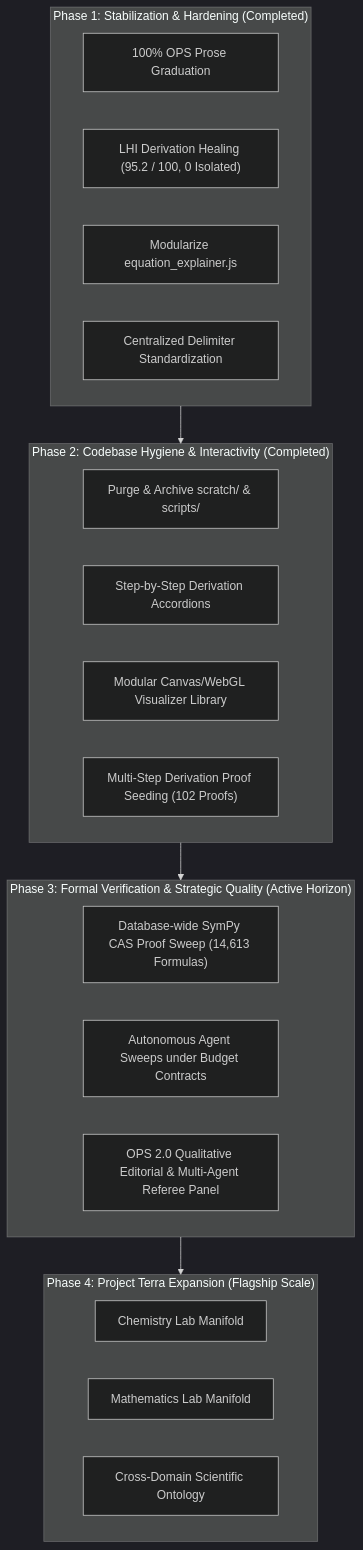
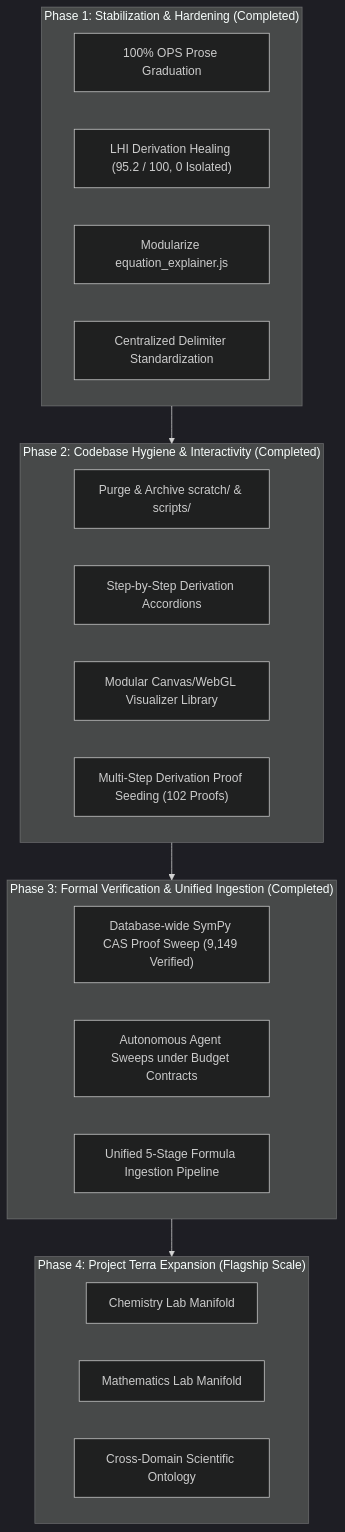
Before and after one commit to jholobetz/terra: the diagram in docs/roadmap.md, drawn with Mermaid (dark theme). The commit also changed other lines of this file and 261 other files, not shown here.

Commit message:
feat(cas): stamp 9,149 CAS proofs across 256 shards and remove OPS 2.0 from active roadmap

````diff
--- a/docs/roadmap.md
+++ b/docs/roadmap.md
@@ -27,32 +27,32 @@
 ```mermaid
 flowchart TD
     subgraph Phase1["Phase 1: Stabilization & Hardening (Completed)"]
         P1A["100% OPS Prose Graduation"]
         P1B["LHI Derivation Healing (95.2 / 100, 0 Isolated)"]
         P1C["Modularize equation_explainer.js"]
         P1D["Centralized Delimiter Standardization"]
     end
 
     subgraph Phase2["Phase 2: Codebase Hygiene & Interactivity (Completed)"]
         P2A["Purge & Archive scratch/ & scripts/"]
         P2B["Step-by-Step Derivation Accordions"]
         P2C["Modular Canvas/WebGL Visualizer Library"]
         P2D["Multi-Step Derivation Proof Seeding (102 Proofs)"]
     end
 
-    subgraph Phase3["Phase 3: Formal Verification & Strategic Quality (Active Horizon)"]
-        P3A["Database-wide SymPy CAS Proof Sweep (14,613 Formulas)"]
+    subgraph Phase3["Phase 3: Formal Verification & Unified Ingestion (Completed)"]
+        P3A["Database-wide SymPy CAS Proof Sweep (9,149 Verified)"]
         P3B["Autonomous Agent Sweeps under Budget Contracts"]
-        P3C["OPS 2.0 Qualitative Editorial & Multi-Agent Referee Panel"]
+        P3C["Unified 5-Stage Formula Ingestion Pipeline"]
     end
 
     subgraph Phase4["Phase 4: Project Terra Expansion (Flagship Scale)"]
         P4A["Chemistry Lab Manifold"]
         P4B["Mathematics Lab Manifold"]
         P4C["Cross-Domain Scientific Ontology"]
     end
 
     Phase1 --> Phase2
     Phase2 --> Phase3
     Phase3 --> Phase4
 ```
````
